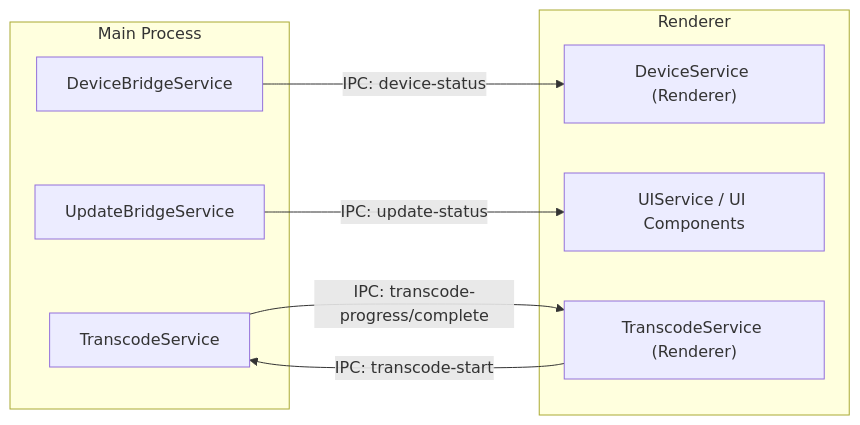
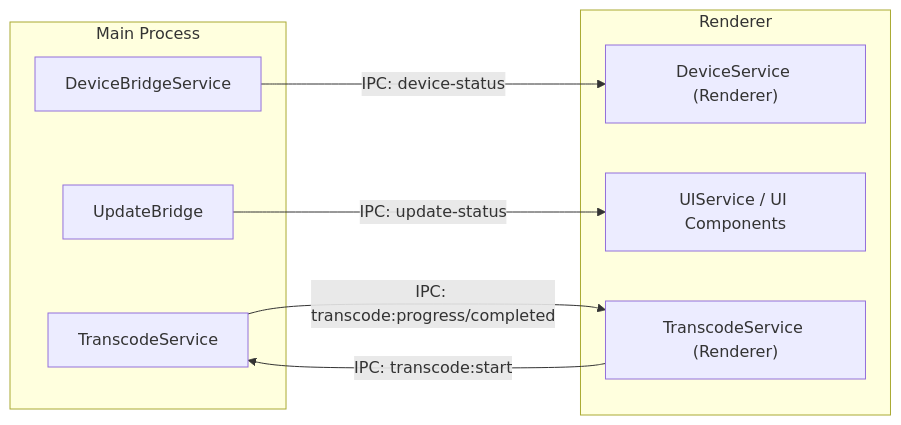
One commit to josstei/prismgb-app changed the eighth of 8 diagrams in docs/architecture-diagrams.md. Above: the diagram before and after it, drawn with Mermaid. The commit also changed other lines of this file and 50 other files, not shown here.

````diff
--- a/docs/architecture-diagrams.md
+++ b/docs/architecture-diagrams.md
@@ -198,19 +182,19 @@
 ```mermaid
 flowchart LR
   subgraph MAIN[Main Process]
     DeviceBridge[DeviceBridgeService]
-    UpdateBridge[UpdateBridgeService]
+    UpdateBridge[UpdateBridge]
     TranscodeService[TranscodeService]
   end
 
   subgraph RENDERER[Renderer]
     DeviceServiceRenderer["DeviceService (Renderer)"]
     UIService["UIService / UI Components"]
     TranscodeServiceRenderer["TranscodeService (Renderer)"]
   end
 
   DeviceBridge -- IPC: device-status --> DeviceServiceRenderer
   UpdateBridge -- IPC: update-status --> UIService
-  TranscodeServiceRenderer -- IPC: transcode-start --> TranscodeService
-  TranscodeService -- IPC: transcode-progress/complete --> TranscodeServiceRenderer
+  TranscodeServiceRenderer -- IPC: transcode:start --> TranscodeService
+  TranscodeService -- IPC: transcode:progress/completed --> TranscodeServiceRenderer
 ```
````
